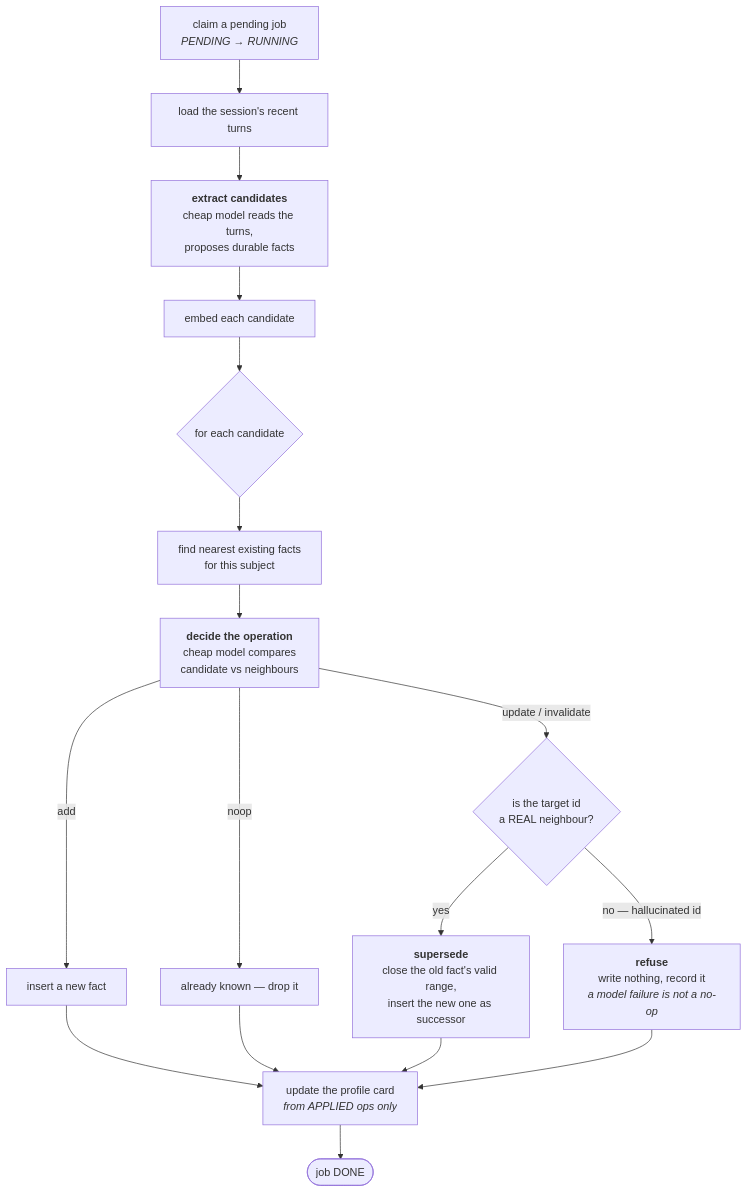
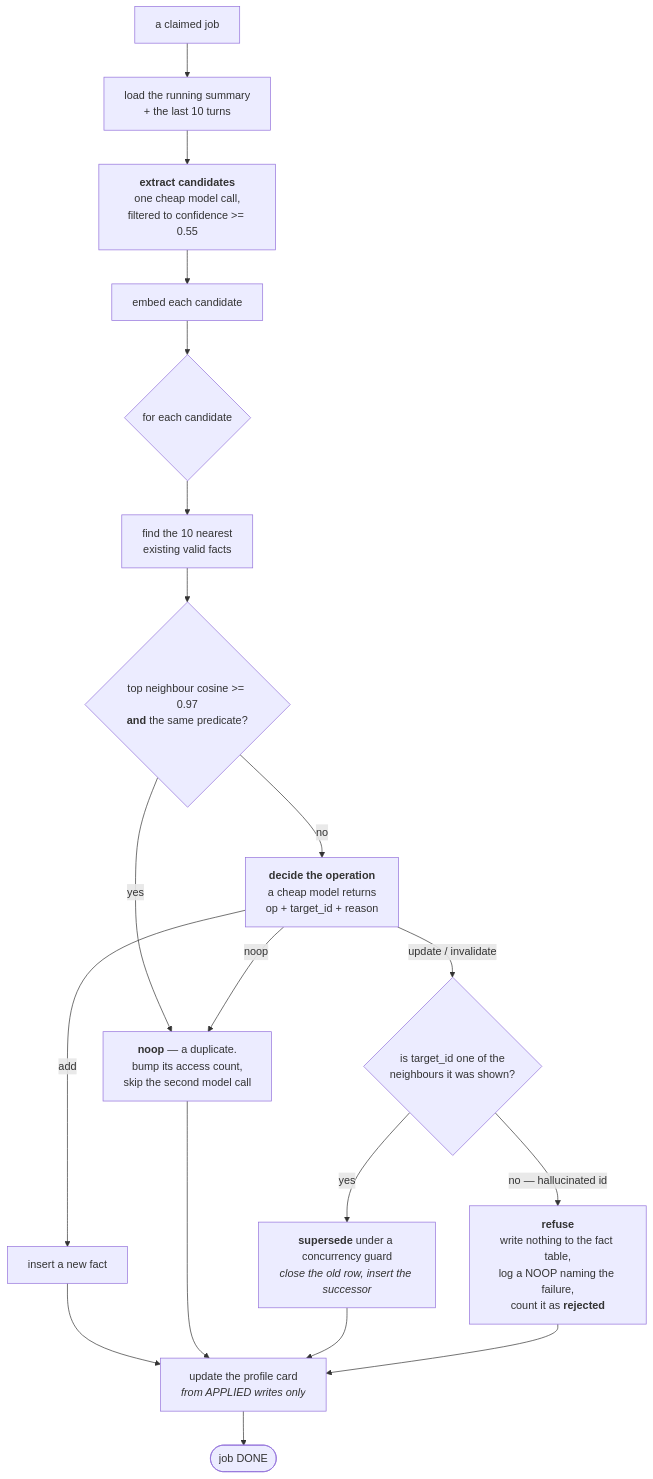
The fourth of 5 diagrams in docs/teaching/memory/40-diagrams.md (yrevash/aegis), drawn with Mermaid before and after one commit. The commit also changed other lines of this file and 111 other files, not shown here.

````diff
--- a/docs/teaching/memory/40-diagrams.md
+++ b/docs/teaching/memory/40-diagrams.md
@@ -93,23 +120,25 @@
 ```mermaid
 flowchart TB
-    J["claim a pending job<br/><i>PENDING → RUNNING</i>"] --> LOAD["load the session's recent turns"]
-    LOAD --> EXT["<b>extract candidates</b><br/>cheap model reads the turns,<br/>proposes durable facts"]
+    J["a claimed job"] --> LOAD["load the running summary<br/>+ the last 10 turns"]
+    LOAD --> EXT["<b>extract candidates</b><br/>one cheap model call,<br/>filtered to confidence >= 0.55"]
     EXT --> EMBC["embed each candidate"]
 
     EMBC --> LOOP{"for each candidate"}
-    LOOP --> NN["find nearest existing facts<br/>for this subject"]
-    NN --> DEC["<b>decide the operation</b><br/>cheap model compares<br/>candidate vs neighbours"]
+    LOOP --> NN["find the 10 nearest<br/>existing valid facts"]
+    NN --> DUP{"top neighbour cosine >= 0.97<br/><b>and</b> the same predicate?"}
+    DUP -->|yes| SKIP["<b>noop</b> — a duplicate.<br/>bump its access count,<br/>skip the second model call"]
+    DUP -->|no| DEC["<b>decide the operation</b><br/>a cheap model returns<br/>op + target_id + reason"]
 
     DEC -->|add| ADD["insert a new fact"]
-    DEC -->|noop| SKIP["already known — drop it"]
-    DEC -->|update / invalidate| TGT{"is the target id<br/>a REAL neighbour?"}
+    DEC -->|noop| SKIP
+    DEC -->|"update / invalidate"| TGT{"is target_id one of the<br/>neighbours it was shown?"}
 
-    TGT -->|yes| SUP["<b>supersede</b><br/>close the old fact's valid range,<br/>insert the new one as successor"]
-    TGT -->|no — hallucinated id| REJ["<b>refuse</b><br/>write nothing, record it<br/><i>a model failure is not a no-op</i>"]
+    TGT -->|yes| SUP["<b>supersede</b> under a concurrency guard<br/><i>close the old row, insert the successor</i>"]
+    TGT -->|"no — hallucinated id"| REJ["<b>refuse</b><br/>write nothing to the fact table,<br/>log a NOOP naming the failure,<br/>count it as <b>rejected</b>"]
 
     ADD --> PROF
     SKIP --> PROF
     SUP --> PROF
     REJ --> PROF
-    PROF["update the profile card<br/><i>from APPLIED ops only</i>"] --> FIN([job DONE])
+    PROF["update the profile card<br/><i>from APPLIED writes only</i>"] --> FIN(["job DONE"])
 ```
````
